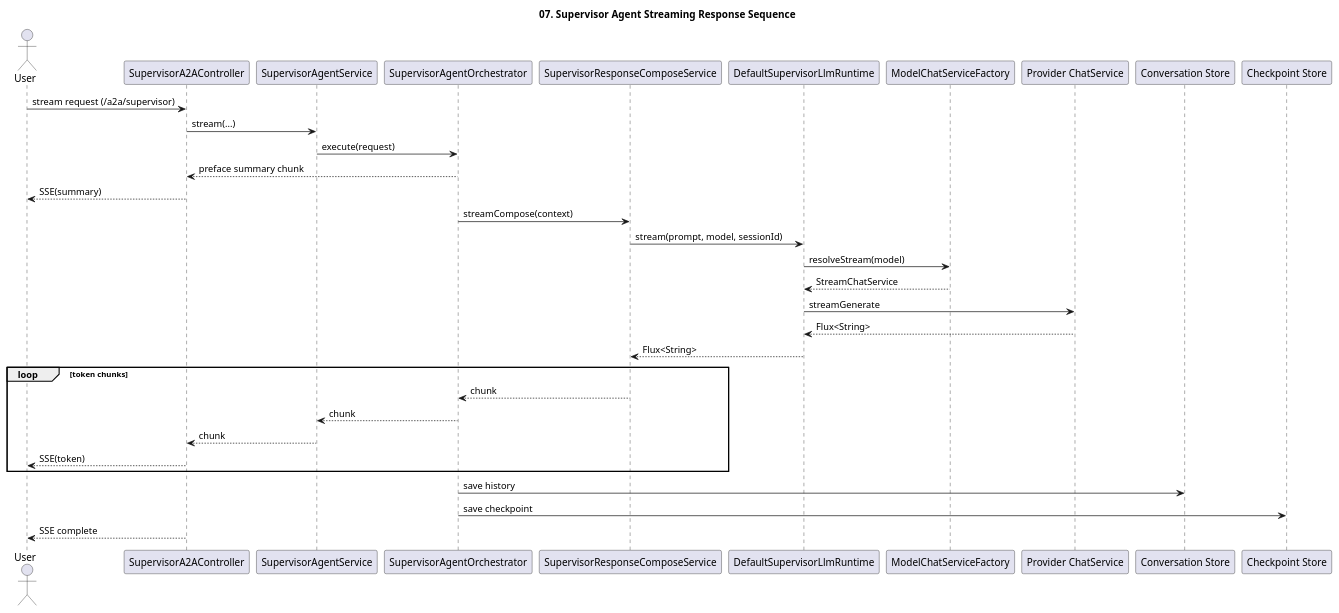
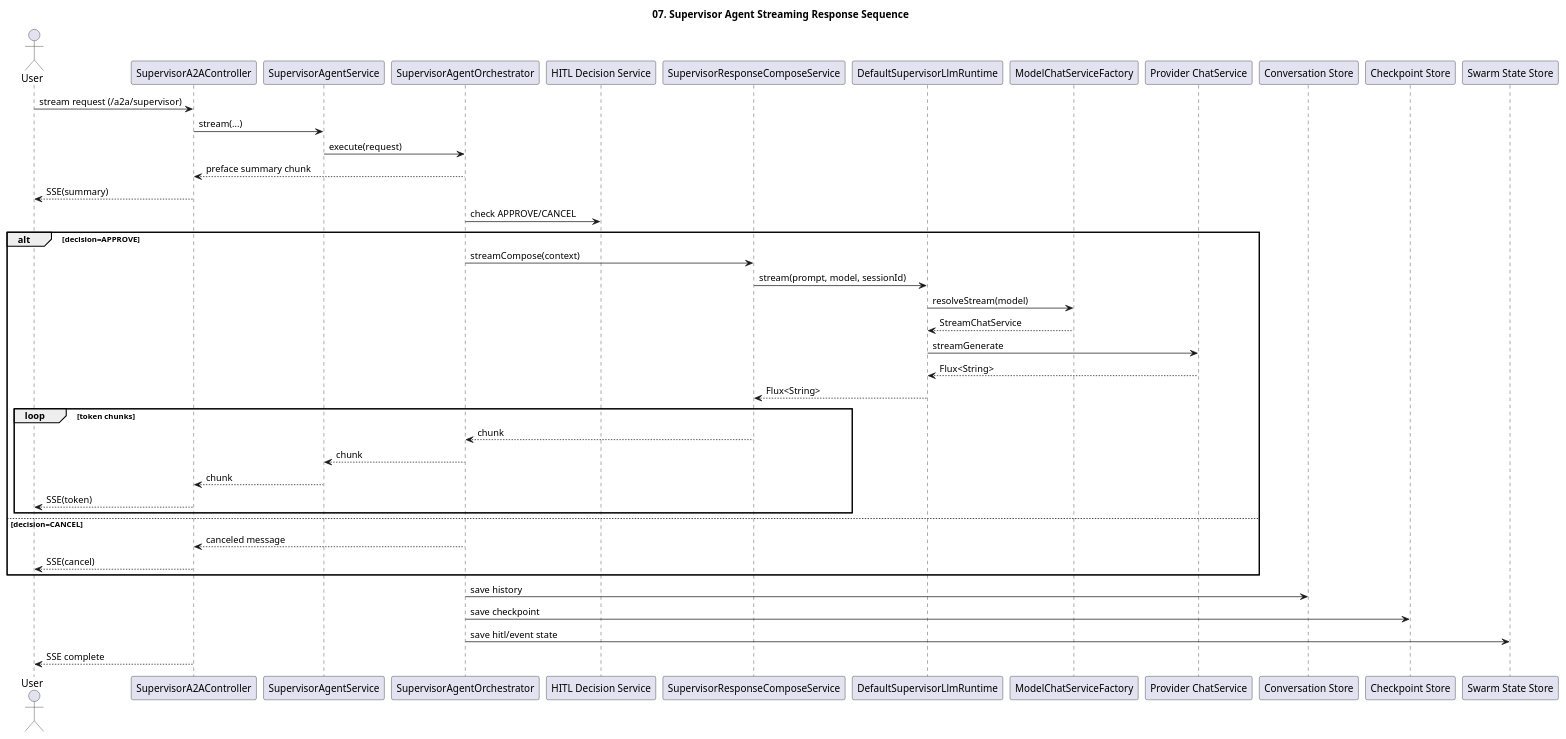
Before and after one commit to kim57uak/spring-ai: the diagram in documents/a2a-host_agent-architecture/07-streaming-response-sequence.puml, drawn with PlantUML. The commit also changed 99 other files, not shown here.

Commit message:
feat: implement supervisor HITL swarm flow and task review updates

```diff
--- a/documents/a2a-host_agent-architecture/07-streaming-response-sequence.puml
+++ b/documents/a2a-host_agent-architecture/07-streaming-response-sequence.puml
@@ -1,43 +1,57 @@
 @startuml
 !pragma layout smetana
 title 07. Supervisor Agent Streaming Response Sequence
 
 skinparam shadowing false
 
 actor User
 participant "SupervisorA2AController" as Controller
 participant "SupervisorAgentService" as Service
 participant "SupervisorAgentOrchestrator" as Orchestrator
+participant "HITL Decision Service" as HitlDecision
 participant "SupervisorResponseComposeService" as Composer
 participant "DefaultSupervisorLlmRuntime" as Runtime
 participant "ModelChatServiceFactory" as Factory
 participant "Provider ChatService" as Provider
 participant "Conversation Store" as ConversationStore
 participant "Checkpoint Store" as CheckpointStore
+participant "Swarm State Store" as SwarmStore
 
 User -> Controller : stream request (/a2a/supervisor)
 Controller -> Service : stream(...)
 Service -> Orchestrator : execute(request)
 Orchestrator --> Controller : preface summary chunk
 Controller --> User : SSE(summary)
 
-Orchestrator -> Composer : streamCompose(context)
-Composer -> Runtime : stream(prompt, model, sessionId)
-Runtime -> Factory : resolveStream(model)
-Factory --> Runtime : StreamChatService
-Runtime -> Provider : streamGenerate
-Provider --> Runtime : Flux<String>
-Runtime --> Composer : Flux<String>
+Orchestrator -> HitlDecision : check APPROVE/CANCEL
+alt decision=APPROVE
+  Orchestrator -> Composer : streamCompose(context)
+  Composer -> Runtime : stream(prompt, model, sessionId)
+  Runtime -> Factory : resolveStream(model)
+  Factory --> Runtime : StreamChatService
+  Runtime -> Provider : streamGenerate
+  Provider --> Runtime : Flux<String>
+  Runtime --> Composer : Flux<String>
 
-loop token chunks
-  Composer --> Orchestrator : chunk
-  Orchestrator --> Service : chunk
-  Service --> Controller : chunk
-  Controller --> User : SSE(token)
+  loop token chunks
+    Composer --> Orchestrator : chunk
+    Orchestrator --> Service : chunk
+    Service --> Controller : chunk
+    Controller --> User : SSE(token)
+  end
+else decision=CANCEL
+  Orchestrator --> Controller : canceled message
+  Controller --> User : SSE(cancel)
 end
 
 Orchestrator -> ConversationStore : save history
 Orchestrator -> CheckpointStore : save checkpoint
+Orchestrator -> SwarmStore : save hitl/event state
 Controller --> User : SSE complete
 
+' 2026-04-12 sync with docs 30/31
+' - Scope: HITL decision limited to APPROVE/CANCEL in current phase
+' - Data mutation requests (create/update/delete) require mandatory HITL
+' - A2A compatibility mode keeps both legacy and v1.0 methods
+' - User profile input collection is deferred to next phase
 @enduml
```
